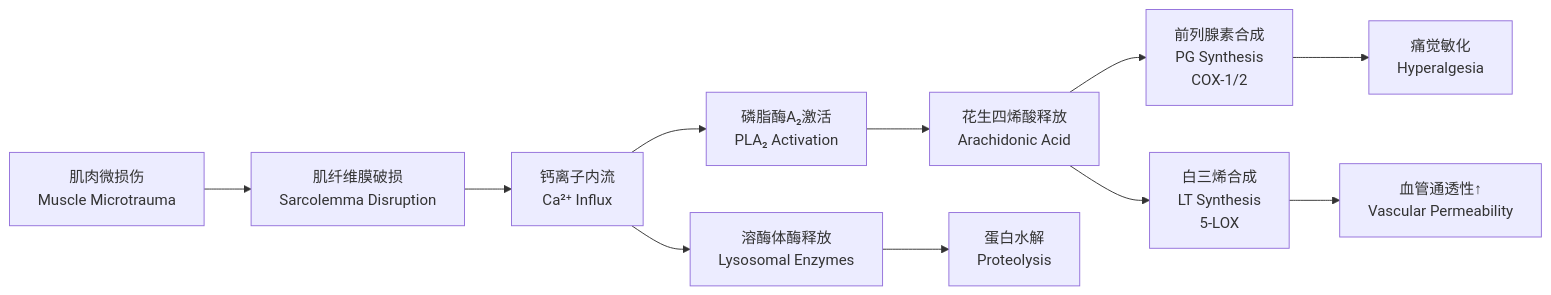
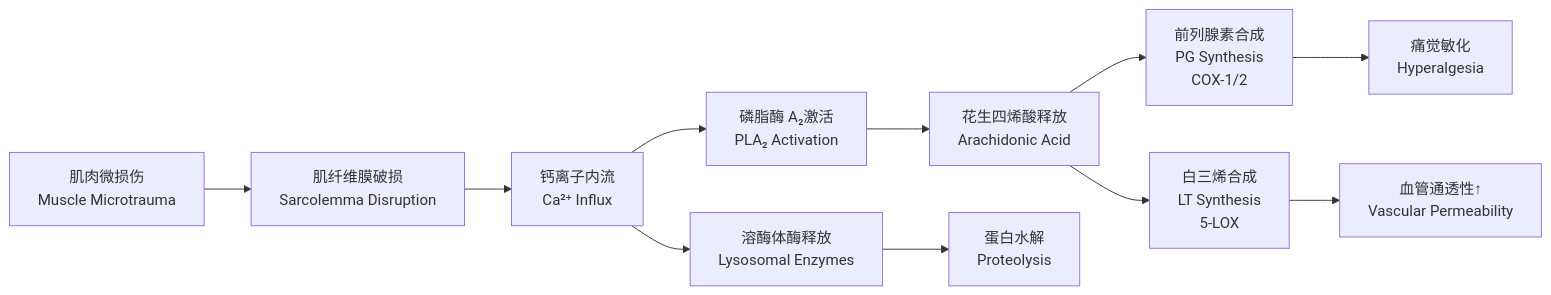
Before and after one commit to Tianshang301/TianshangKnowledgeBase: the first of 2 diagrams in 12_SportsScience/SportsMedicine/DOMS.md, drawn with Mermaid. The commit also changed other lines of this file and 2257 other files, not shown here.

````diff
--- a/12_SportsScience/SportsMedicine/DOMS.md
+++ b/12_SportsScience/SportsMedicine/DOMS.md
@@ -68,13 +70,13 @@
 ```mermaid
 flowchart LR
     A[肌肉微损伤<br/>Muscle Microtrauma] --> B[肌纤维膜破损<br/>Sarcolemma Disruption]
     B --> C[钙离子内流<br/>Ca²⁺ Influx]
-    C --> D[磷脂酶A₂激活<br/>PLA₂ Activation]
+    C --> D[磷脂酶 A₂激活<br/>PLA₂ Activation]
     D --> E[花生四烯酸释放<br/>Arachidonic Acid]
     E --> F[前列腺素合成<br/>PG Synthesis<br/>COX-1/2]
     E --> G[白三烯合成<br/>LT Synthesis<br/>5-LOX]
     F --> H[痛觉敏化<br/>Hyperalgesia]
     G --> I[血管通透性↑<br/>Vascular Permeability]
     C --> J[溶酶体酶释放<br/>Lysosomal Enzymes]
     J --> K[蛋白水解<br/>Proteolysis]
 ```
````
